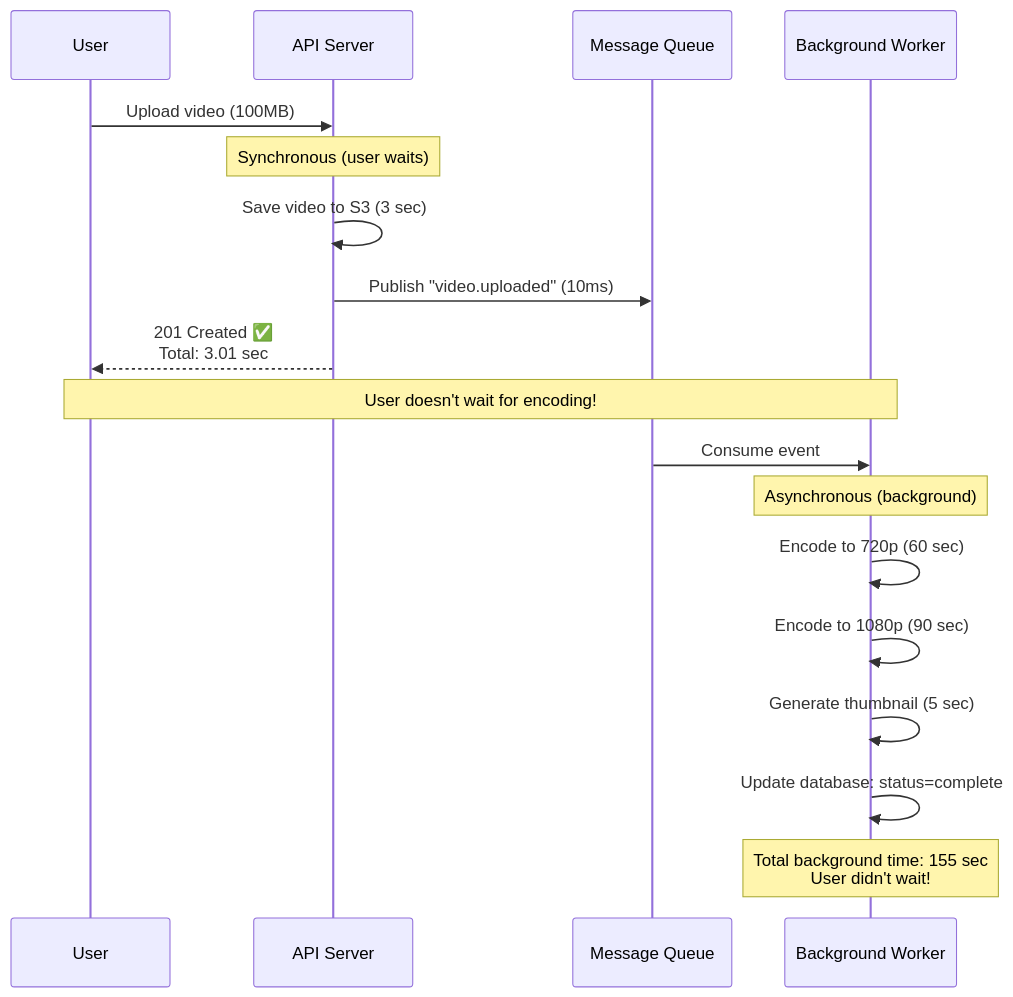
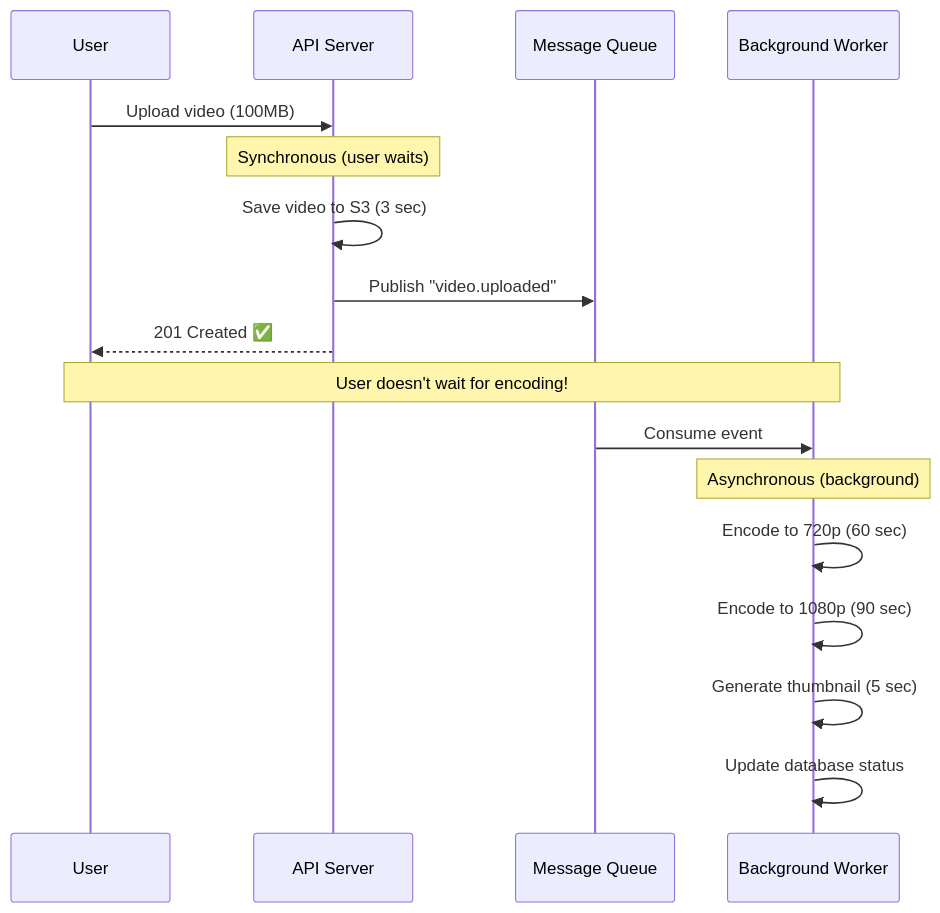
The fourth of 11 diagrams in HLD/foundation/04_message-queues.md (p1kmr/for-reading), drawn with Mermaid before and after one commit. The commit also changed other lines of this file and 2 other files, not shown here.

Commit message:
Fix Mermaid rendering issues in Databases and Message Queues guides by simplifying complex diagrams

````diff
--- a/HLD/foundation/04_message-queues.md
+++ b/HLD/foundation/04_message-queues.md
@@ -94,28 +88,26 @@
 ```mermaid
 sequenceDiagram
     participant User
     participant API as API Server
     participant Queue as Message Queue
     participant Worker as Background Worker
 
     User->>API: Upload video (100MB)
 
     Note over API: Synchronous (user waits)
     API->>API: Save video to S3 (3 sec)
-    API->>Queue: Publish "video.uploaded" (10ms)
+    API->>Queue: Publish "video.uploaded"
 
-    API-->>User: 201 Created ✅<br/>Total: 3.01 sec
+    API-->>User: 201 Created ✅
 
     Note over User,Worker: User doesn't wait for encoding!
 
     Queue->>Worker: Consume event
 
     Note over Worker: Asynchronous (background)
     Worker->>Worker: Encode to 720p (60 sec)
     Worker->>Worker: Encode to 1080p (90 sec)
     Worker->>Worker: Generate thumbnail (5 sec)
 
-    Worker->>Worker: Update database: status=complete
-
-    Note over Worker: Total background time: 155 sec<br/>User didn't wait!
+    Worker->>Worker: Update database status
 ```
````
